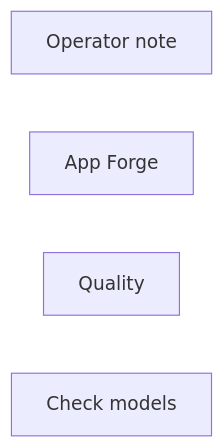
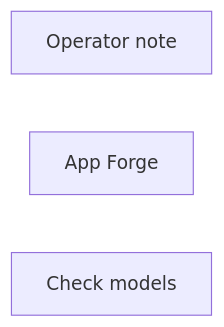
Before and after one commit to toxicoder/ez-comfy-stack: the diagram in docs/generated/workflows/labs/assist/app-forge.md, drawn with Mermaid. The commit also changed other lines of this file and 475 other files, not shown here.

````diff
--- a/docs/generated/workflows/labs/assist/app-forge.md
+++ b/docs/generated/workflows/labs/assist/app-forge.md
@@ -65,7 +65,6 @@
 ```mermaid
 flowchart LR
   N1["Operator note"]
   N2["App Forge"]
-  N3["Quality"]
   N4["Check models"]
 ```
````
